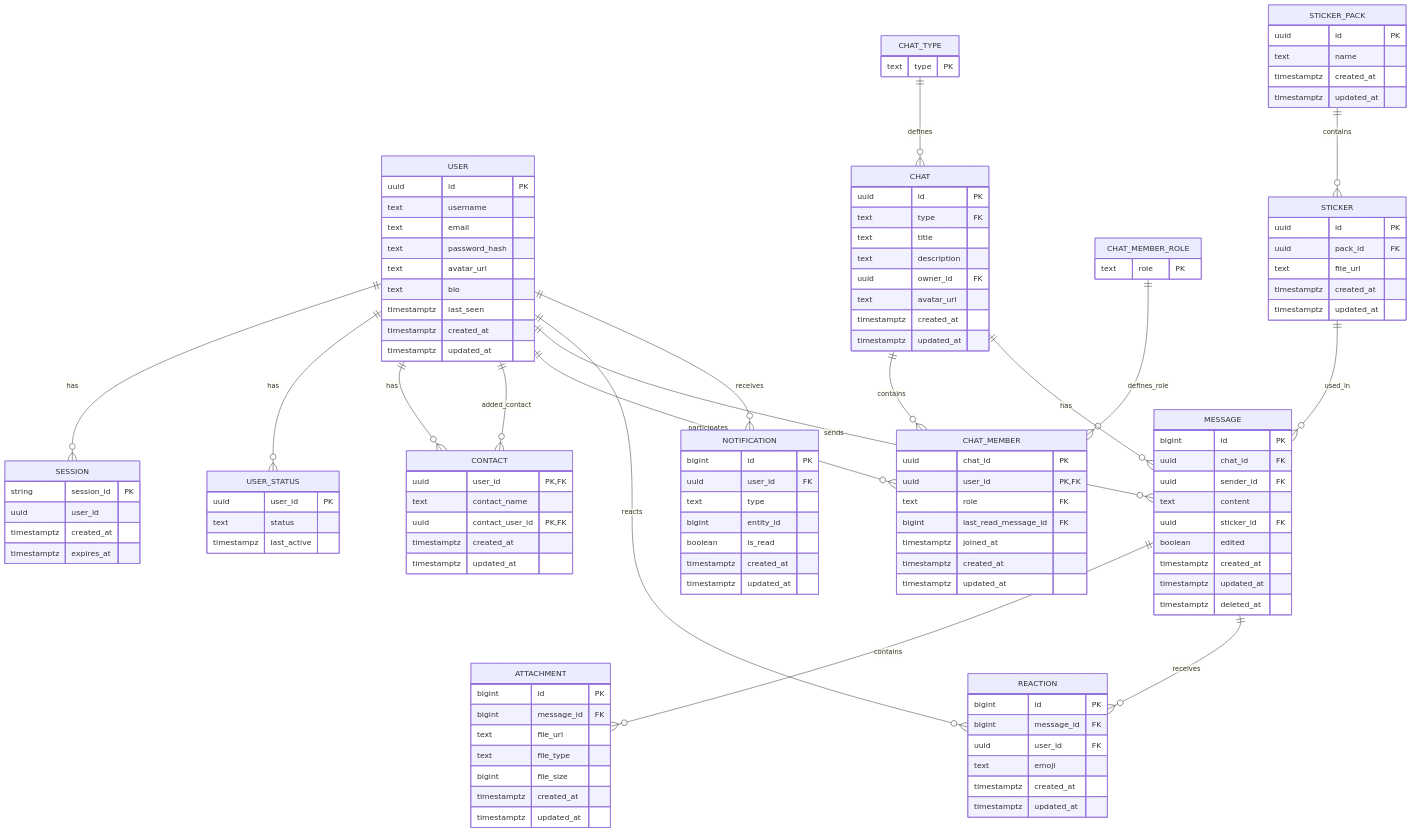
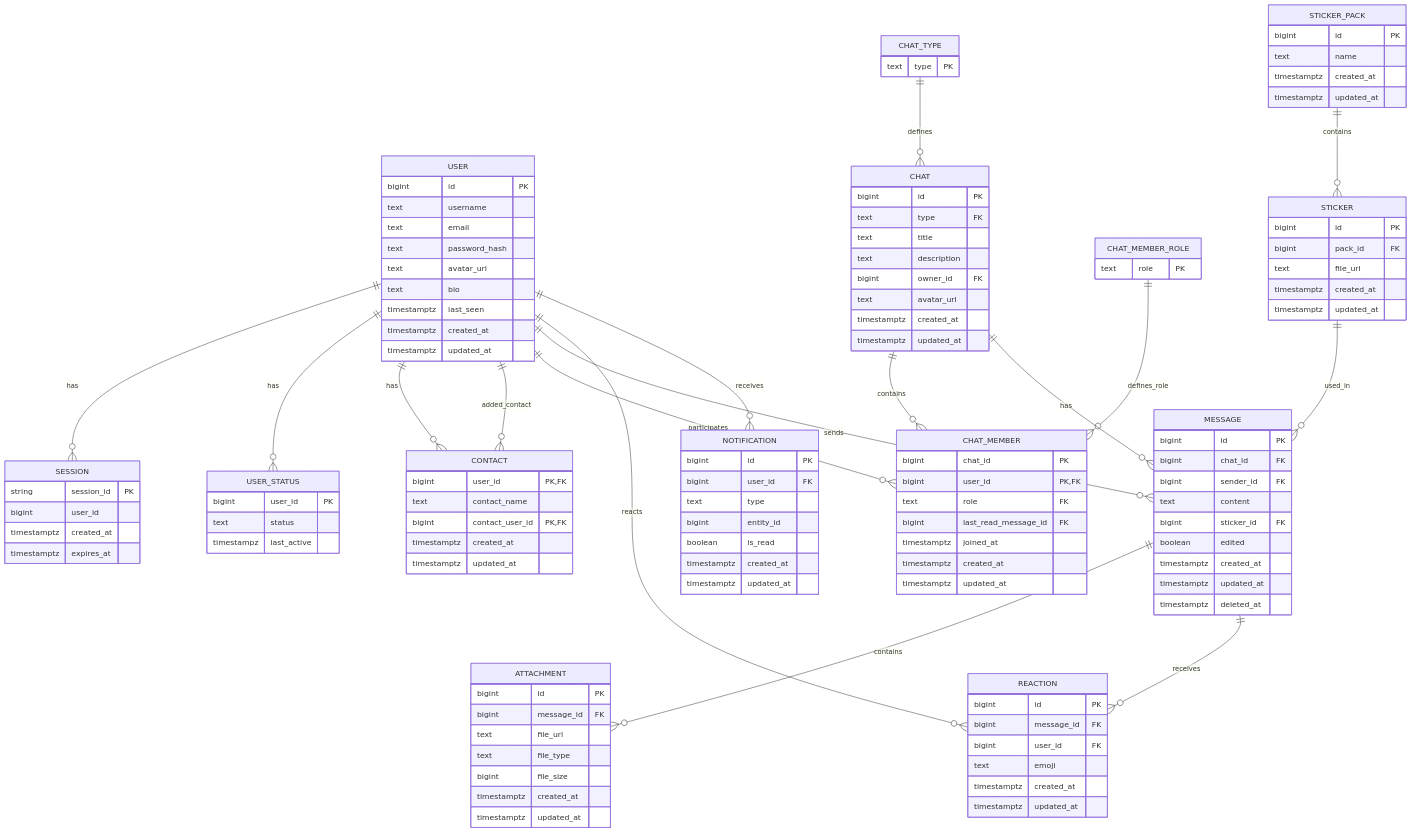
One commit to go-park-mail-ru/2026_1_ASAP changed the diagram in db/normalized/realtions.md. Above: the diagram before and after it, drawn with Mermaid.

````diff
--- a/db/normalized/realtions.md
+++ b/db/normalized/realtions.md
@@ -155,7 +155,7 @@
 ```mermaid
 erDiagram
     USER {
-        uuid id PK
+        bigint id PK
         text username
         text email
         text password_hash
@@ -167,9 +167,9 @@
     }
 
     CONTACT {
-        uuid user_id PK, FK
+        bigint user_id PK, FK
         text contact_name
-        uuid contact_user_id PK, FK
+        bigint contact_user_id PK, FK
         timestamptz created_at
         timestamptz updated_at
     }
@@ -179,11 +179,11 @@
     }
 
     CHAT {
-        uuid id PK
+        bigint id PK
         text type FK
         text title
         text description
-        uuid owner_id FK
+        bigint owner_id FK
         text avatar_url
         timestamptz created_at
         timestamptz updated_at
@@ -194,8 +194,8 @@
     }
 
     CHAT_MEMBER {
-        uuid chat_id PK
-        uuid user_id PK, FK
+        bigint chat_id PK
+        bigint user_id PK, FK
         text role FK
         bigint last_read_message_id FK
         timestamptz joined_at
@@ -205,10 +205,10 @@
 
     MESSAGE {
         bigint id PK
-        uuid chat_id FK
-        uuid sender_id FK
+        bigint chat_id FK
+        bigint sender_id FK
         text content
-        uuid sticker_id FK
+        bigint sticker_id FK
         boolean edited
         timestamptz created_at
         timestamptz updated_at
@@ -228,22 +228,22 @@
     REACTION {
         bigint id PK
         bigint message_id FK
-        uuid user_id FK
+        bigint user_id FK
         text emoji
         timestamptz created_at
         timestamptz updated_at
     }
 
     STICKER_PACK {
-        uuid id PK
+        bigint id PK
         text name
         timestamptz created_at
         timestamptz updated_at
     }
 
     STICKER {
-        uuid id PK
-        uuid pack_id FK
+        bigint id PK
+        bigint pack_id FK
         text file_url
         timestamptz created_at
         timestamptz updated_at
@@ -251,7 +251,7 @@
 
     NOTIFICATION {
         bigint id PK
-        uuid user_id FK
+        bigint user_id FK
         text type
         bigint entity_id
         boolean is_read
@@ -261,13 +261,13 @@
 
     SESSION {
         string session_id PK
-        uuid user_id
+        bigint user_id
         timestamptz created_at
         timestamptz expires_at
     }
 
     USER_STATUS {
-        uuid user_id PK
+        bigint user_id PK
         text status
         timestampz last_active 
     }
````
